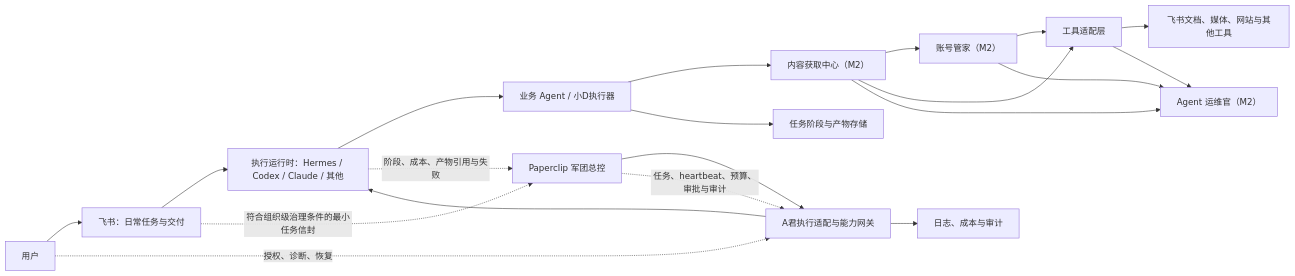
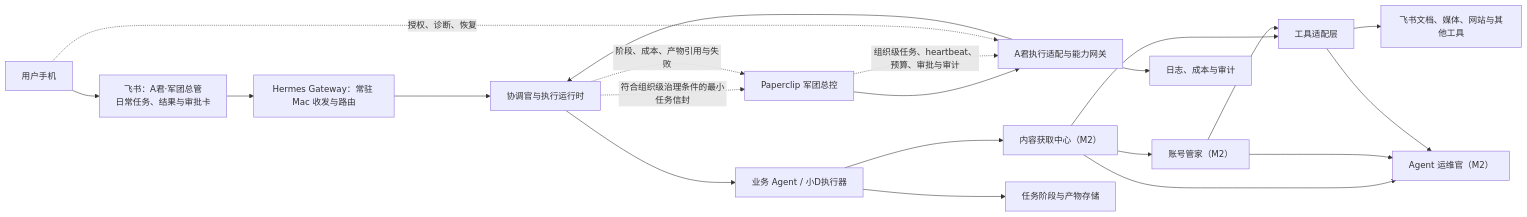
The first of 2 diagrams in docs/architecture/system-architecture.md (kileroppo/agent-agent), drawn with Mermaid before and after one commit. The commit also changed other lines of this file and 25 other files, not shown here.

````diff
--- a/docs/architecture/system-architecture.md
+++ b/docs/architecture/system-architecture.md
@@ -21,22 +21,23 @@
 ```mermaid
 flowchart LR
-    U["用户"] --> F["飞书：日常任务与交付"]
-    F --> R["执行运行时：Hermes / Codex / Claude / 其他"]
-    F -.符合组织级治理条件的最小任务信封.-> P
+    U["用户手机"] --> F["飞书：A君·军团总管\n日常任务、结果与审批卡"]
+    F --> H["Hermes Gateway：常驻 Mac 收发与路由"]
+    H --> R["协调官与执行运行时"]
+    R -.符合组织级治理条件的最小任务信封.-> P
     P["Paperclip 军团总控"] --> C["A君执行适配与能力网关"]
     C --> R
     R --> X["业务 Agent / 小D执行器"]
     X --> G["内容获取中心（M2）"]
     G --> A["账号管家（M2）"]
     G --> T["工具适配层"]
     A --> T
     T --> D["飞书文档、媒体、网站与其他工具"]
     X --> S["任务阶段与产物存储"]
     C --> O["日志、成本与审计"]
     G --> V["Agent 运维官（M2）"]
     A --> V
     T --> V
-    P -.任务、heartbeat、预算、审批与审计.-> C
+    P -.组织级任务、heartbeat、预算、审批与审计.-> C
     R -.阶段、成本、产物引用与失败.-> P
     U -.授权、诊断、恢复.-> C
 ```
````
